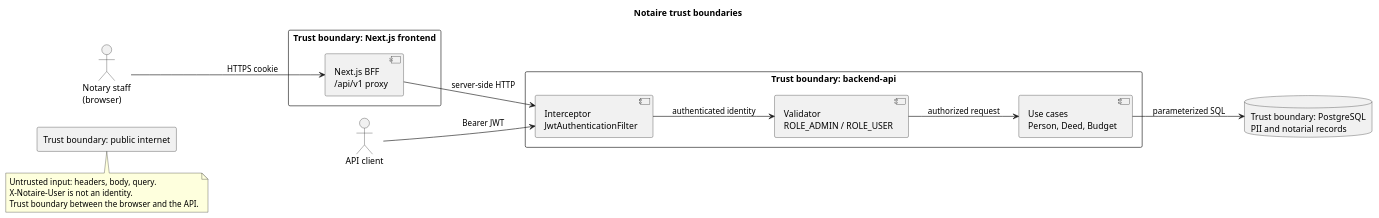
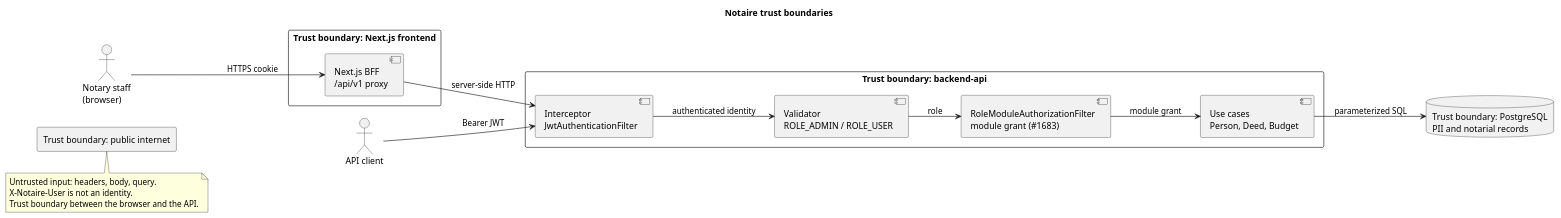
Before and after one commit to matiaspakua/notaire: the diagram in docs/200-architecture/206-security/diagrams/trust-boundaries.puml, drawn with PlantUML. The commit also changed 68 other files, not shown here.

```diff
--- a/docs/200-architecture/206-security/diagrams/trust-boundaries.puml
+++ b/docs/200-architecture/206-security/diagrams/trust-boundaries.puml
@@ -1,36 +1,38 @@
 @startuml
 left to right direction
 skinparam shadowing false
 title Notaire trust boundaries
 
 actor "Notary staff\n(browser)" as staff
 actor "API client" as apiClient
 
 rectangle "Trust boundary: public internet" as edge {
 }
 
 rectangle "Trust boundary: Next.js frontend" as fe {
   component "Next.js BFF\n/api/v1 proxy" as bff
 }
 
 rectangle "Trust boundary: backend-api" as api {
   component "Interceptor\nJwtAuthenticationFilter" as filter
   component "Validator\nROLE_ADMIN / ROLE_USER" as rbac
+  component "RoleModuleAuthorizationFilter\nmodule grant (#1683)" as modules
   component "Use cases\nPerson, Deed, Budget" as uc
 }
 
 database "Trust boundary: PostgreSQL\nPII and notarial records" as db
 
 staff --> bff : HTTPS cookie
 apiClient --> filter : Bearer JWT
 bff --> filter : server-side HTTP
 filter --> rbac : authenticated identity
-rbac --> uc : authorized request
+rbac --> modules : role
+modules --> uc : module grant
 uc --> db : parameterized SQL
 
 note bottom of edge
   Untrusted input: headers, body, query.
   X-Notaire-User is not an identity.
   Trust boundary between the browser and the API.
 end note
 @enduml
```
